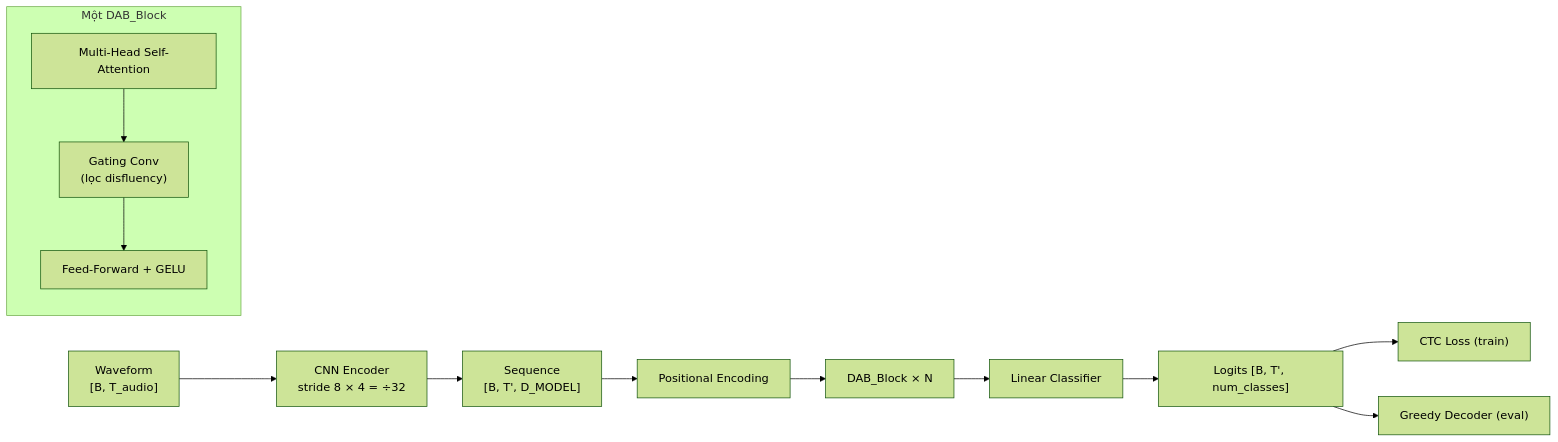
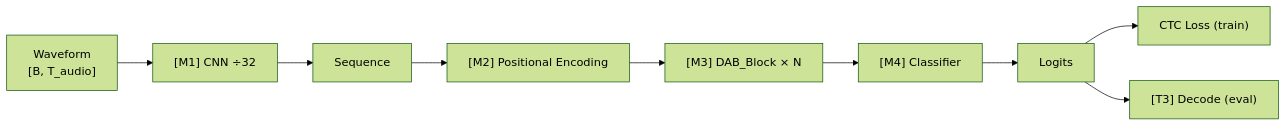
The fourth of 4 diagrams in FLOW.md (ClintonALG/DAB_Transformer_Project), drawn with Mermaid (forest theme) before and after one commit. The commit also changed other lines of this file and 14 other files, not shown here.

````diff
--- a/FLOW.md
+++ b/FLOW.md
@@ -61,20 +209,21 @@
 ```mermaid
+
 flowchart LR
-    WAV["Waveform\n[B, T_audio]"] --> ENC["CNN Encoder\nstride 8 × 4 = ÷32"]
-    ENC --> SEQ["Sequence\n[B, T', D_MODEL]"]
-    SEQ --> PE["Positional Encoding"]
-    PE --> B1["DAB_Block × N"]
 
-    subgraph DAB_Block["Một DAB_Block"]
-        direction TB
-        ATTN["Multi-Head Self-Attention"]
-        GATE["Gating Conv\n(lọc disfluency)"]
-        FFN["Feed-Forward + GELU"]
-        ATTN --> GATE --> FFN
-    end
+    WAV["Waveform\n[B, T_audio]"] --> ENC["[M1] CNN ÷32"]
 
-    B1 --> CLS["Linear Classifier"]
-    CLS --> LOG["Logits [B, T', num_classes]"]
+    ENC --> SEQ["Sequence"]
+
+    SEQ --> PE["[M2] Positional Encoding"]
+
+    PE --> B1["[M3] DAB_Block × N"]
+
+    B1 --> CLS["[M4] Classifier"]
+
+    CLS --> LOG["Logits"]
+
     LOG --> CTC["CTC Loss (train)"]
-    LOG --> DEC["Greedy Decoder (eval)"]
+
+    LOG --> DEC["[T3] Decode (eval)"]
+
 ```
````
